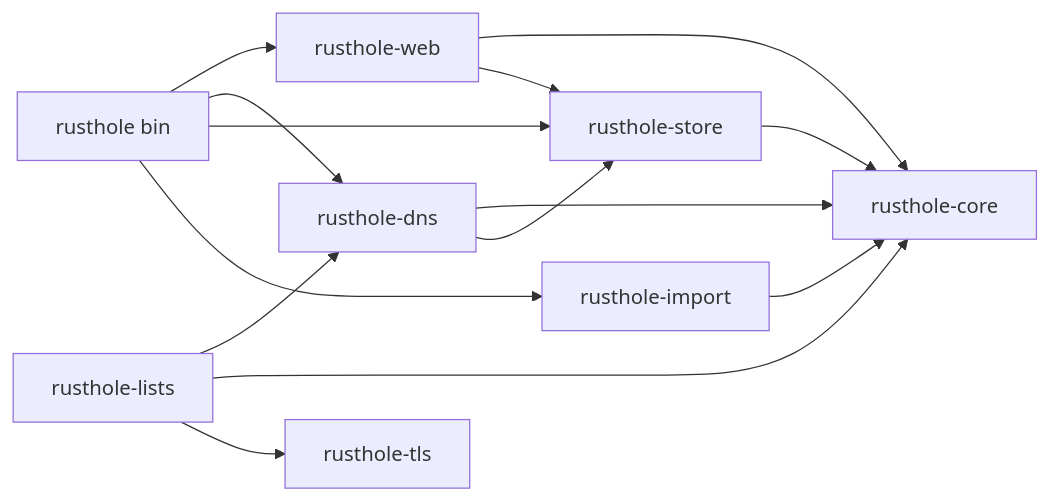
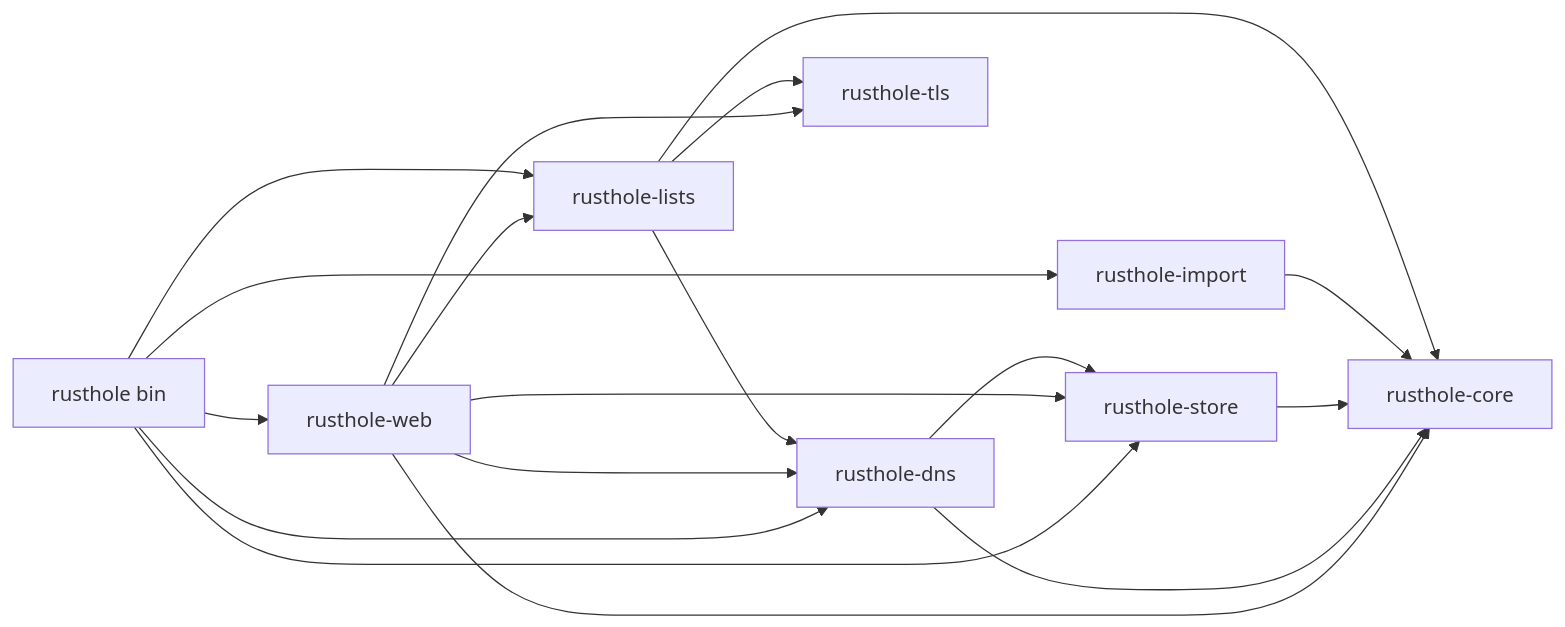
One commit to Warchant/rusthole changed the diagram in docs/ENGINEERING.md. Above: the diagram before and after it, drawn with Mermaid. The commit also changed other lines of this file and 85 other files, not shown here.

````diff
--- a/docs/ENGINEERING.md
+++ b/docs/ENGINEERING.md
@@ -8,16 +8,20 @@
 ```mermaid
 flowchart LR
     bin[rusthole bin] --> web[rusthole-web]
     bin --> dns[rusthole-dns]
     bin --> store[rusthole-store]
     bin --> import[rusthole-import]
     web --> core[rusthole-core]
     dns --> core
     store --> core
     import --> core
     web --> store
+    web --> lists
+    web --> dns
+    web --> tls
+    bin --> lists
     dns --> store
     lists[rusthole-lists] --> dns
     lists --> core
     lists --> tls[rusthole-tls]
 ```
````
